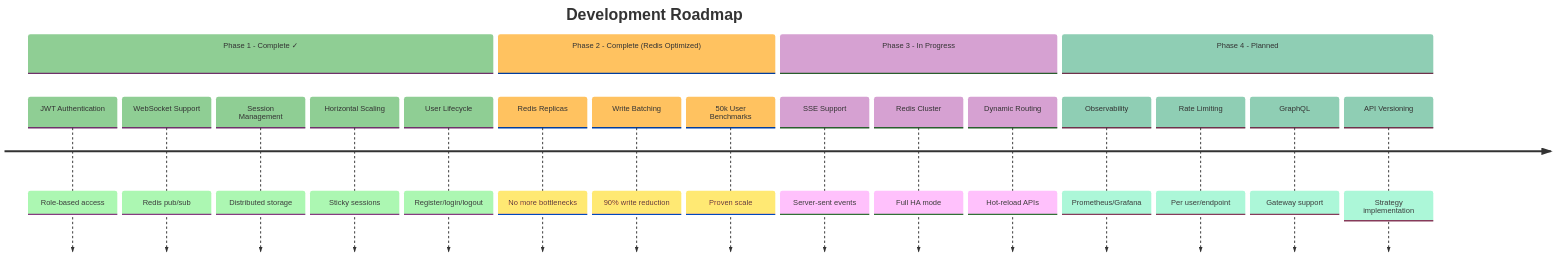
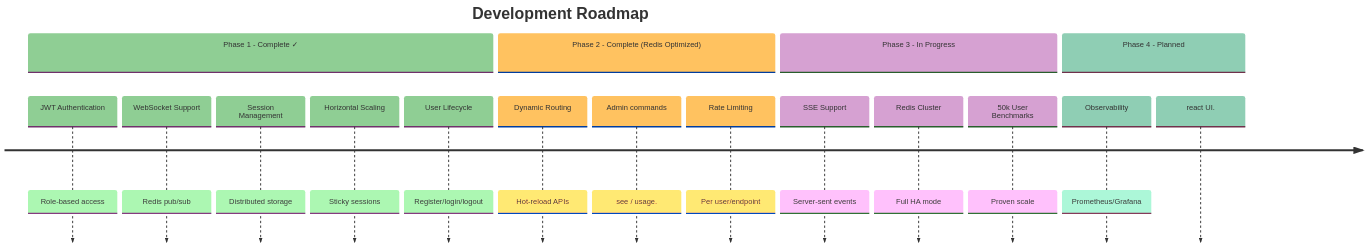
The fifth of 5 diagrams in README.md (gangai-labs/gangAI-labs-gateway), drawn with Mermaid before and after one commit. The commit also changed other lines of this file, not shown here.

````diff
--- a/README.md
+++ b/README.md
@@ -547,24 +547,27 @@
 ```mermaid
 %%{init: {'theme':'base', 'themeVariables': {'primaryColor':'#e8f5e9','secondaryColor':'#fff3e0'}}}%%
 timeline
     title Development Roadmap
     section Phase 1 - Complete ✓
         JWT Authentication : Role-based access
         WebSocket Support : Redis pub/sub
         Session Management : Distributed storage
         Horizontal Scaling : Sticky sessions
         User Lifecycle : Register/login/logout
+
     section Phase 2 - Complete (Redis Optimized)
-        Redis Replicas : No more bottlenecks
-        Write Batching : 90% write reduction
-        50k User Benchmarks : Proven scale
+        Dynamic Routing : Hot-reload APIs
+        Admin commands : see / usage.
+        Rate Limiting : Per user/endpoint
     section Phase 3 - In Progress
         SSE Support : Server-sent events
         Redis Cluster : Full HA mode
-        Dynamic Routing : Hot-reload APIs
+        50k User Benchmarks : Proven scale
+       
     section Phase 4 - Planned
         Observability : Prometheus/Grafana
-        Rate Limiting : Per user/endpoint
-        GraphQL : Gateway support
-        API Versioning : Strategy implementation
+        react UI.
+        
+        
+       
 ```
````
